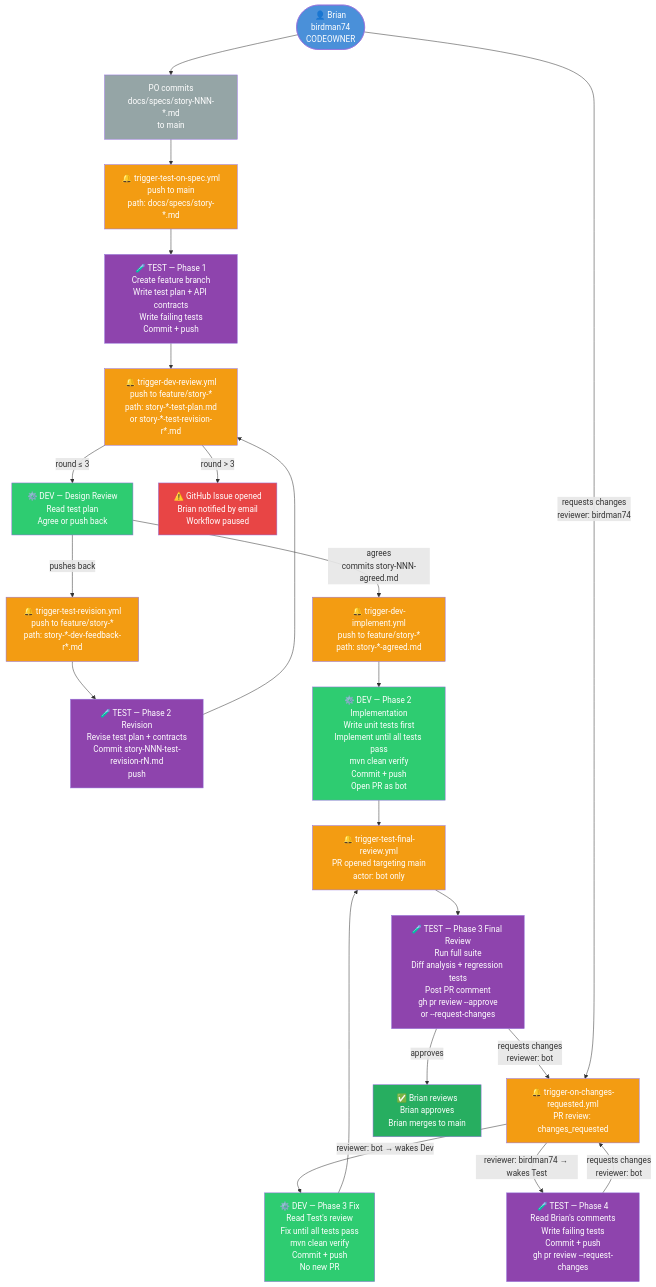
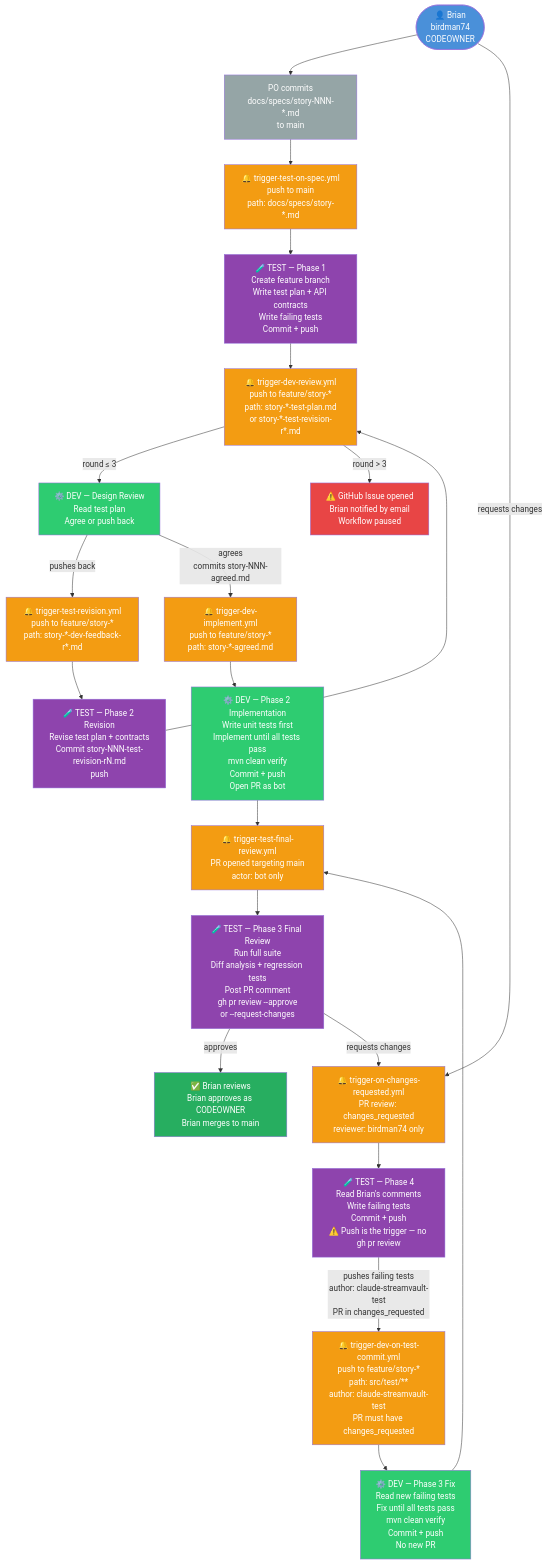
One commit to birdman74/ai-dev-toolkit changed the diagram in docs/agentic-workflow-diagram.md. Above: the diagram before and after it, drawn with Mermaid. The commit also changed other lines of this file and 2 other files, not shown here.

Commit message:
docs: update workflow diagram, DEVLOG, and Test persona template to reflect PR self-review fix and push-based Dev trigger

````diff
--- a/docs/agentic-workflow-diagram.md
+++ b/docs/agentic-workflow-diagram.md
@@ -9,70 +9,71 @@
 ```mermaid
 flowchart TD
     BRIAN(["👤 Brian\nbirdman74\nCODEOWNER"])
 
     PO_COMMIT["PO commits\ndocs/specs/story-NNN-*.md\nto main"]
 
     T1["🔔 trigger-test-on-spec.yml\npush to main\npath: docs/specs/story-*.md"]
     TEST_P1["🧪 TEST — Phase 1\nCreate feature branch\nWrite test plan + API contracts\nWrite failing tests\nCommit + push"]
 
     T2["🔔 trigger-dev-review.yml\npush to feature/story-*\npath: story-*-test-plan.md\nor story-*-test-revision-r*.md"]
     DEV_REVIEW["⚙️ DEV — Design Review\nRead test plan\nAgree or push back"]
 
     ESCALATION["⚠️ GitHub Issue opened\nBrian notified by email\nWorkflow paused"]
 
     T3["🔔 trigger-test-revision.yml\npush to feature/story-*\npath: story-*-dev-feedback-r*.md"]
     TEST_P2["🧪 TEST — Phase 2 Revision\nRevise test plan + contracts\nCommit story-NNN-test-revision-rN.md\npush"]
 
     T4["🔔 trigger-dev-implement.yml\npush to feature/story-*\npath: story-*-agreed.md"]
     DEV_IMPL["⚙️ DEV — Phase 2 Implementation\nWrite unit tests first\nImplement until all tests pass\nmvn clean verify\nCommit + push\nOpen PR as bot"]
 
     T5["🔔 trigger-test-final-review.yml\nPR opened targeting main\nactor: bot only"]
     TEST_P3["🧪 TEST — Phase 3 Final Review\nRun full suite\nDiff analysis + regression tests\nPost PR comment\ngh pr review --approve\nor --request-changes"]
 
-    T6["🔔 trigger-on-changes-requested.yml\nPR review: changes_requested"]
+    T6["🔔 trigger-on-changes-requested.yml\nPR review: changes_requested\nreviewer: birdman74 only"]
+    TEST_P4["🧪 TEST — Phase 4\nRead Brian's comments\nWrite failing tests\nCommit + push\n⚠️ Push is the trigger — no gh pr review"]
 
-    TEST_P4["🧪 TEST — Phase 4\nRead Brian's comments\nWrite failing tests\nCommit + push\ngh pr review --request-changes"]
+    T7["🔔 trigger-dev-on-test-commit.yml\npush to feature/story-*\npath: src/test/**\nauthor: claude-streamvault-test\nPR must have changes_requested"]
+    DEV_P3["⚙️ DEV — Phase 3 Fix\nRead new failing tests\nFix until all tests pass\nmvn clean verify\nCommit + push\nNo new PR"]
 
-    DEV_P3["⚙️ DEV — Phase 3 Fix\nRead Test's review\nFix until all tests pass\nmvn clean verify\nCommit + push\nNo new PR"]
-
-    MERGE["✅ Brian reviews\nBrian approves\nBrian merges to main"]
+    MERGE["✅ Brian reviews\nBrian approves as CODEOWNER\nBrian merges to main"]
 
     BRIAN --> PO_COMMIT
     PO_COMMIT --> T1
     T1 --> TEST_P1
     TEST_P1 --> T2
     T2 -->|"round ≤ 3"| DEV_REVIEW
     T2 -->|"round > 3"| ESCALATION
     DEV_REVIEW -->|"pushes back"| T3
     T3 --> TEST_P2
     TEST_P2 --> T2
     DEV_REVIEW -->|"agrees\ncommits story-NNN-agreed.md"| T4
     T4 --> DEV_IMPL
     DEV_IMPL --> T5
     T5 --> TEST_P3
     TEST_P3 -->|"approves"| MERGE
-    TEST_P3 -->|"requests changes\nreviewer: bot"| T6
-    T6 -->|"reviewer: bot → wakes Dev"| DEV_P3
+    TEST_P3 -->|"requests changes"| T6
+    BRIAN -->|"requests changes"| T6
+    T6 --> TEST_P4
+    TEST_P4 -->|"pushes failing tests\nauthor: claude-streamvault-test\nPR in changes_requested"| T7
+    T7 --> DEV_P3
     DEV_P3 --> T5
-    T6 -->|"reviewer: birdman74 → wakes Test"| TEST_P4
-    TEST_P4 -->|"requests changes\nreviewer: bot"| T6
-    BRIAN -->|"requests changes\nreviewer: birdman74"| T6
 
     style BRIAN fill:#4A90D9,color:#fff
     style ESCALATION fill:#E84545,color:#fff
     style MERGE fill:#27AE60,color:#fff
     style T1 fill:#F39C12,color:#fff
     style T2 fill:#F39C12,color:#fff
     style T3 fill:#F39C12,color:#fff
     style T4 fill:#F39C12,color:#fff
     style T5 fill:#F39C12,color:#fff
     style T6 fill:#F39C12,color:#fff
+    style T7 fill:#F39C12,color:#fff
     style TEST_P1 fill:#8E44AD,color:#fff
     style TEST_P2 fill:#8E44AD,color:#fff
     style TEST_P3 fill:#8E44AD,color:#fff
     style TEST_P4 fill:#8E44AD,color:#fff
     style DEV_REVIEW fill:#2ECC71,color:#fff
     style DEV_IMPL fill:#2ECC71,color:#fff
     style DEV_P3 fill:#2ECC71,color:#fff
     style PO_COMMIT fill:#95A5A6,color:#fff
 ```
````
